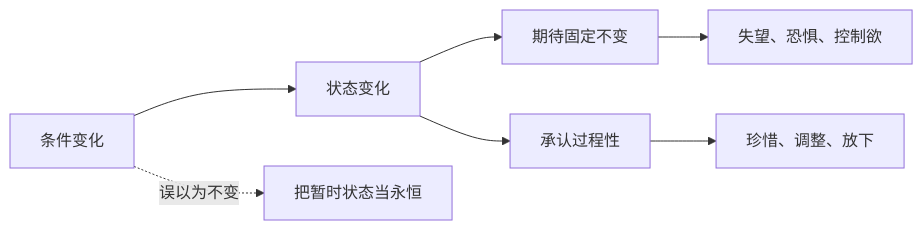
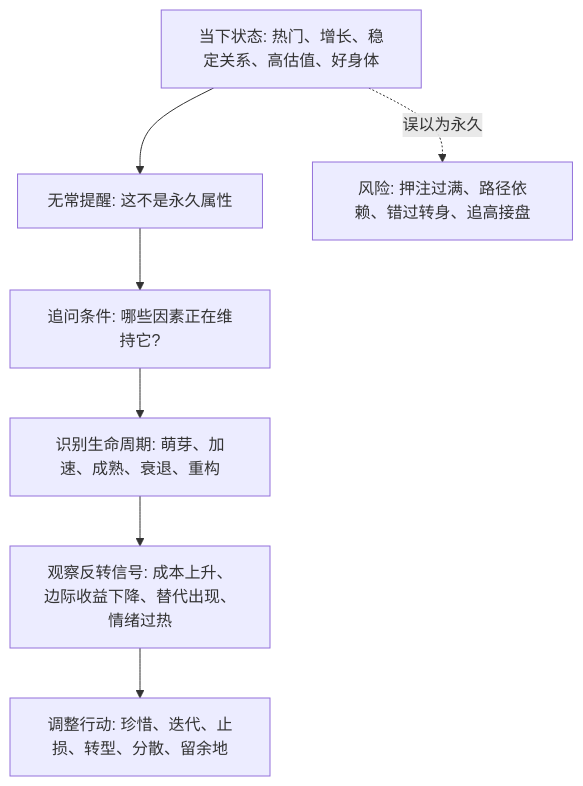
Before and after one commit to digoal/blog: the diagram in 202605/20260518_60.md, drawn with Mermaid. The commit also changed other lines of this file and 15 other files, not shown here.

````diff
--- a/202605/20260518_60.md
+++ b/202605/20260518_60.md
@@ -22,9 +24,9 @@
 ```mermaid
-flowchart LR
-  A["条件变化"] --> B["状态变化"]
-  B --> C["期待固定不变"]
-  C --> D["失望、恐惧、控制欲"]
-  B --> E["承认过程性"]
-  E --> F["珍惜、调整、放下"]
-  A -. "误以为不变" .-> G["把暂时状态当永恒"]
+flowchart TD
+  A["当下状态: 热门、增长、稳定关系、高估值、好身体"] --> B["无常提醒: 这不是永久属性"]
+  B --> C["追问条件: 哪些因素正在维持它?"]
+  C --> D["识别生命周期: 萌芽、加速、成熟、衰退、重构"]
+  D --> E["观察反转信号: 成本上升、边际收益下降、替代出现、情绪过热"]
+  E --> F["调整行动: 珍惜、迭代、止损、转型、分散、留余地"]
+  A -. "误以为永久" .-> G["风险: 押注过满、路径依赖、错过转身、追高接盘"]
 ```
````
